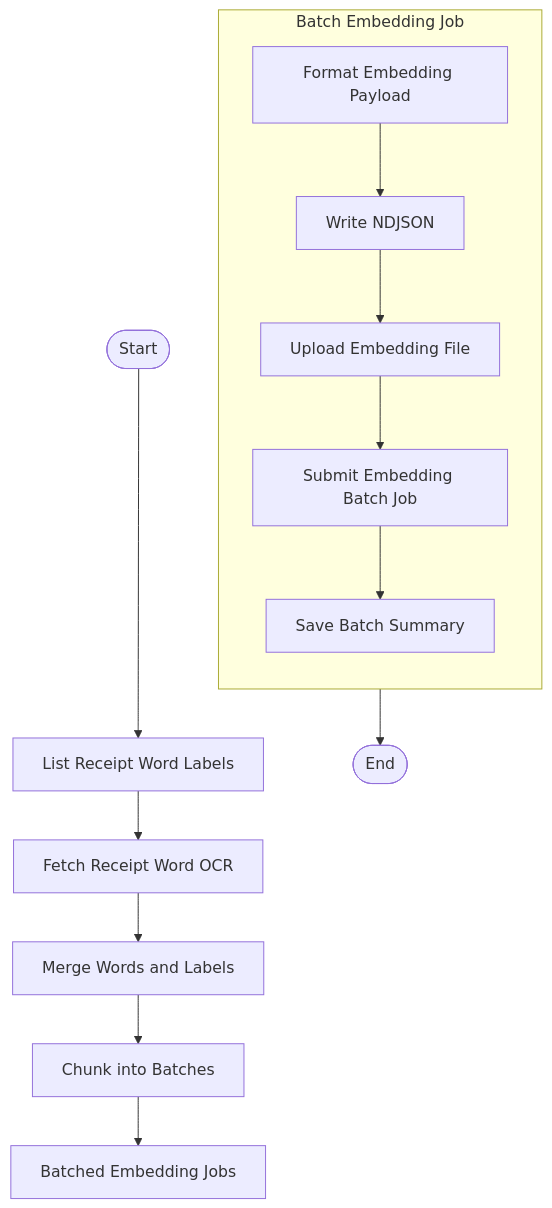
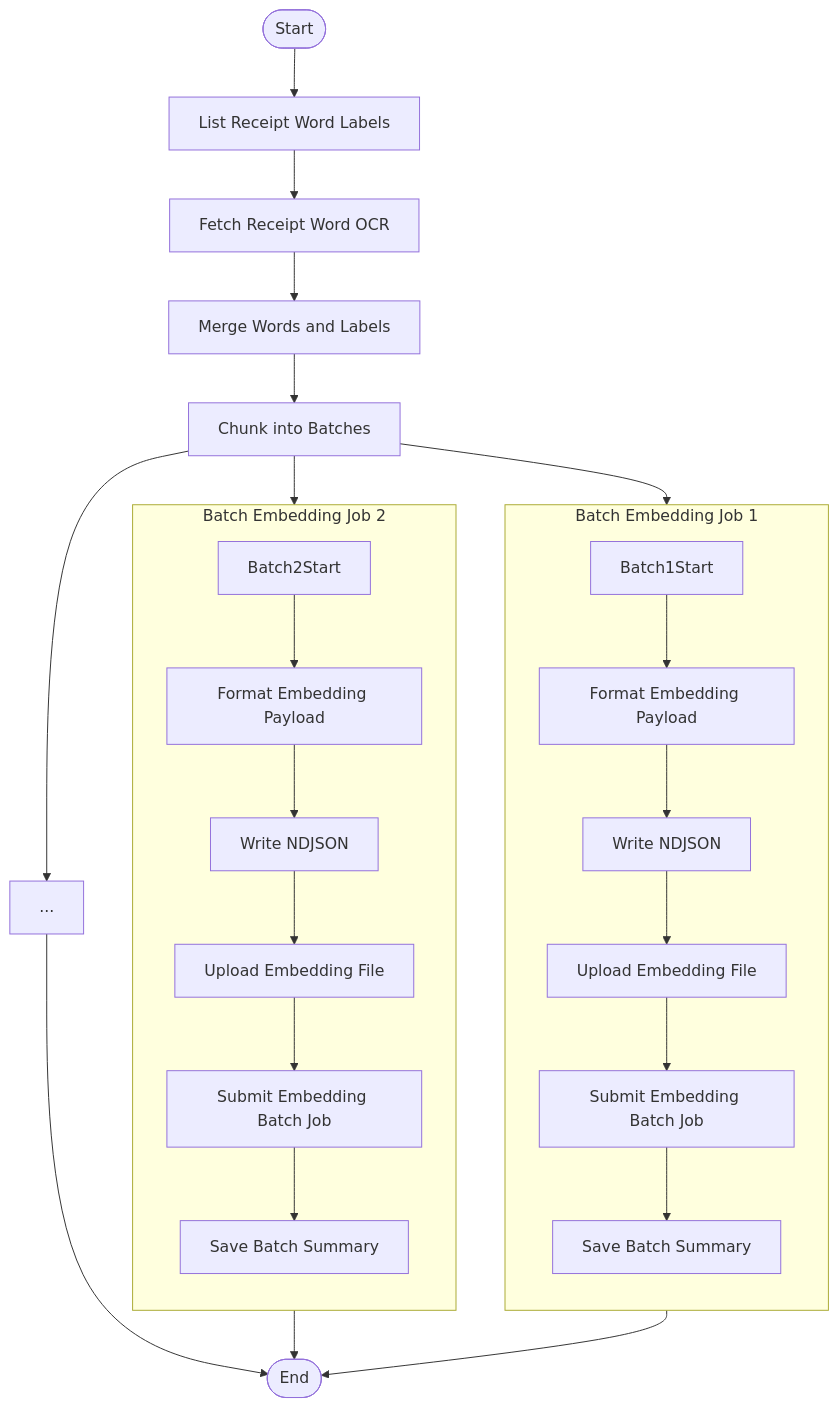
The diagram in receipt_label/submit_embedding_batch/README.md (tnorlund/Portfolio), drawn with Mermaid before and after one commit.

````diff
--- a/receipt_label/submit_embedding_batch/README.md
+++ b/receipt_label/submit_embedding_batch/README.md
@@ -47,19 +47,33 @@
 ```mermaid
 flowchart TD
     Start([Start]) --> ListReceiptWordLabels["List Receipt Word Labels"]
     ListReceiptWordLabels --> FetchReceiptWords["Fetch Receipt Word OCR"]
     FetchReceiptWords --> JoinWordsAndLabels["Merge Words and Labels"]
     JoinWordsAndLabels --> ChunkIntoEmbeddingBatches["Chunk into Batches"]
 
-    ChunkIntoEmbeddingBatches --> EachEmbeddingBatch["Batched Embedding Jobs"]
+    ChunkIntoEmbeddingBatches --> Batch1Start
+    ChunkIntoEmbeddingBatches --> Batch2Start
+    ChunkIntoEmbeddingBatches --> BatchDotDotDot["..."]
 
-    subgraph "Batch Embedding Job"
+    subgraph "Batch Embedding Job 1"
         direction TB
-        GenerateOpenAIInput["Format Embedding Payload"] --> WriteNDJSON["Write NDJSON"]
-        WriteNDJSON --> UploadEmbeddingFile["Upload Embedding File"]
-        UploadEmbeddingFile --> SubmitEmbeddingBatchJob["Submit Embedding Batch Job"]
-        SubmitEmbeddingBatchJob --> SaveBatchSummary["Save Batch Summary"]
+        Batch1Start --> Format1["Format Embedding Payload"]
+        Format1 --> NDJSON1["Write NDJSON"]
+        NDJSON1 --> Upload1["Upload Embedding File"]
+        Upload1 --> Submit1["Submit Embedding Batch Job"]
+        Submit1 --> Save1["Save Batch Summary"]
     end
 
-    SaveBatchSummary --> End([End])
+    subgraph "Batch Embedding Job 2"
+        direction TB
+        Batch2Start --> Format2["Format Embedding Payload"]
+        Format2 --> NDJSON2["Write NDJSON"]
+        NDJSON2 --> Upload2["Upload Embedding File"]
+        Upload2 --> Submit2["Submit Embedding Batch Job"]
+        Submit2 --> Save2["Save Batch Summary"]
+    end
+
+    Save1 --> End([End])
+    Save2 --> End
+    BatchDotDotDot --> End
 ```
````
